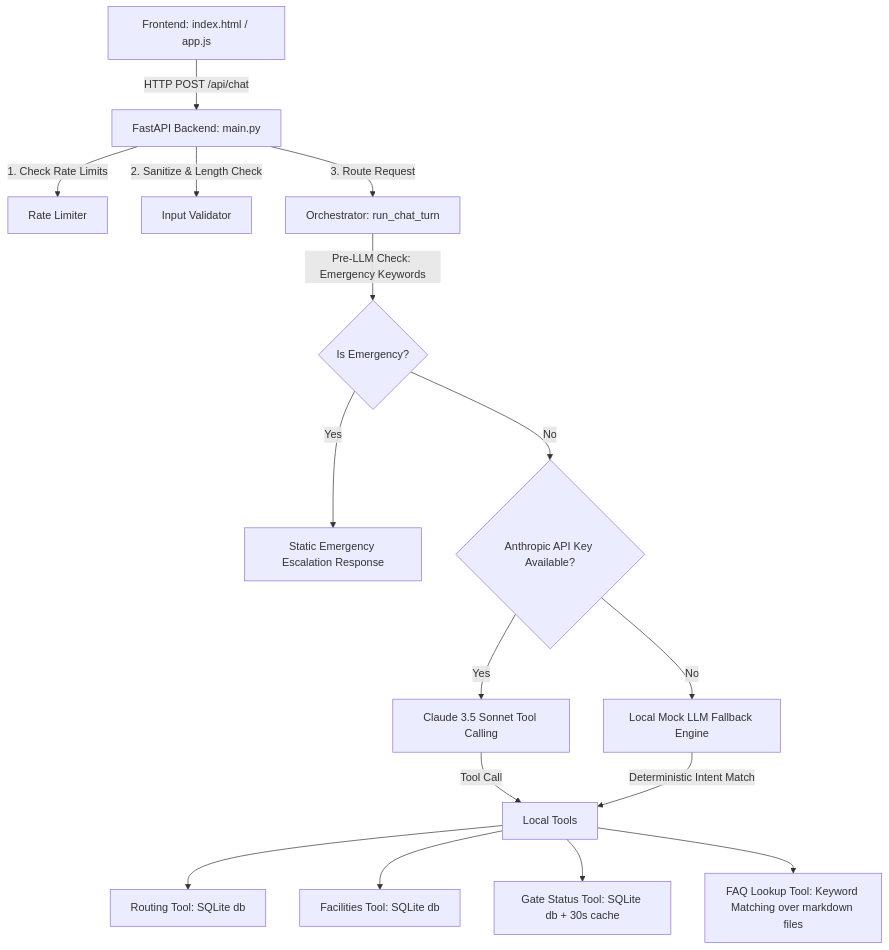
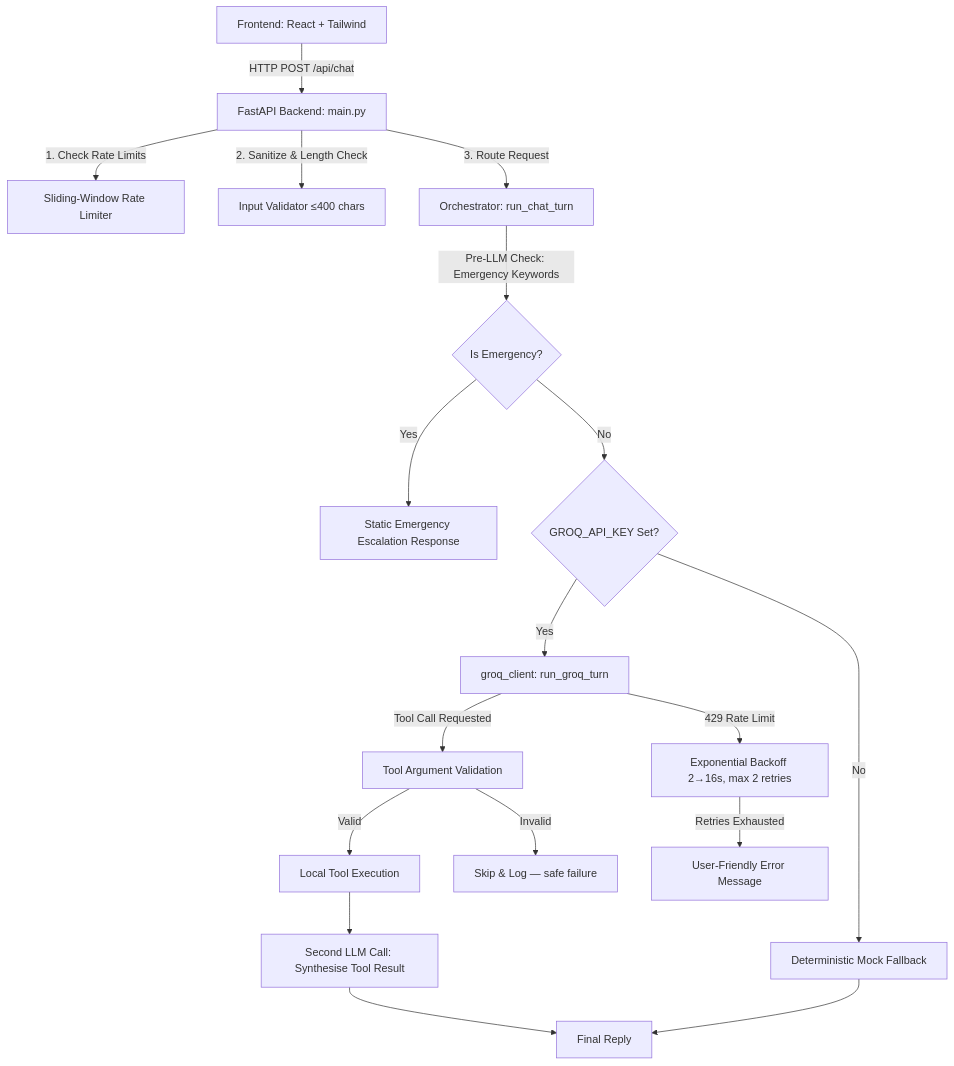
The diagram in README.md (tanish1206/directlingual), drawn with Mermaid before and after one commit. The commit also changed other lines of this file, not shown here.

````diff
--- a/README.md
+++ b/README.md
@@ -9,20 +9,20 @@
 ```mermaid
 graph TD
-    A[Frontend: index.html / app.js] -->|HTTP POST /api/chat| B[FastAPI Backend: main.py]
-    B -->|1. Check Rate Limits| C[Rate Limiter]
-    B -->|2. Sanitize & Length Check| D[Input Validator]
+    A[Frontend: React + Tailwind] -->|HTTP POST /api/chat| B[FastAPI Backend: main.py]
+    B -->|1. Check Rate Limits| C[Sliding-Window Rate Limiter]
+    B -->|2. Sanitize & Length Check| D[Input Validator ≤400 chars]
     B -->|3. Route Request| E[Orchestrator: run_chat_turn]
     E -->|Pre-LLM Check: Emergency Keywords| F{Is Emergency?}
     F -->|Yes| G[Static Emergency Escalation Response]
-    F -->|No| H{Anthropic API Key Available?}
-    H -->|Yes| I[Claude 3.5 Sonnet Tool Calling]
-    H -->|No| J[Local Mock LLM Fallback Engine]
-    
-    I -->|Tool Call| K[Local Tools]
-    J -->|Deterministic Intent Match| K
-    
-    K --> L[Routing Tool: SQLite db]
-    K --> M[Facilities Tool: SQLite db]
-    K --> N[Gate Status Tool: SQLite db + 30s cache]
-    K --> O[FAQ Lookup Tool: Keyword Matching over markdown files]
+    F -->|No| H{GROQ_API_KEY Set?}
+    H -->|Yes| I[groq_client: run_groq_turn]
+    H -->|No | J[Deterministic Mock Fallback]
+    I -->|Tool Call Requested| K[Tool Argument Validation]
+    K -->|Valid| L[Local Tool Execution]
+    K -->|Invalid| M[Skip & Log — safe failure]
+    I -->|429 Rate Limit| N[Exponential Backoff 2→16s, max 2 retries]
+    N -->|Retries Exhausted| O[User-Friendly Error Message]
+    L --> P[Second LLM Call: Synthesise Tool Result]
+    P --> Q[Final Reply]
+    J --> Q
 ```
````
